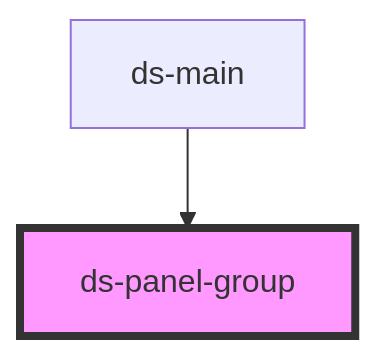
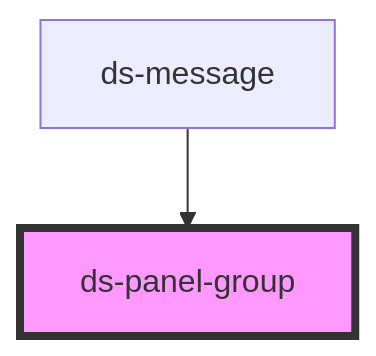
One commit to jezoock/dot-stash changed the diagram in components/core/panel-group/readme.md. Above: the diagram before and after it, drawn with Mermaid. The commit also changed other lines of this file and 736 other files, not shown here.

````diff
--- a/components/core/panel-group/readme.md
+++ b/components/core/panel-group/readme.md
@@ -23,5 +70,5 @@
 ```mermaid
 graph TD;
-  ds-main --> ds-panel-group
+  ds-message --> ds-panel-group
   style ds-panel-group fill:#f9f,stroke:#333,stroke-width:4px
 ```
````
